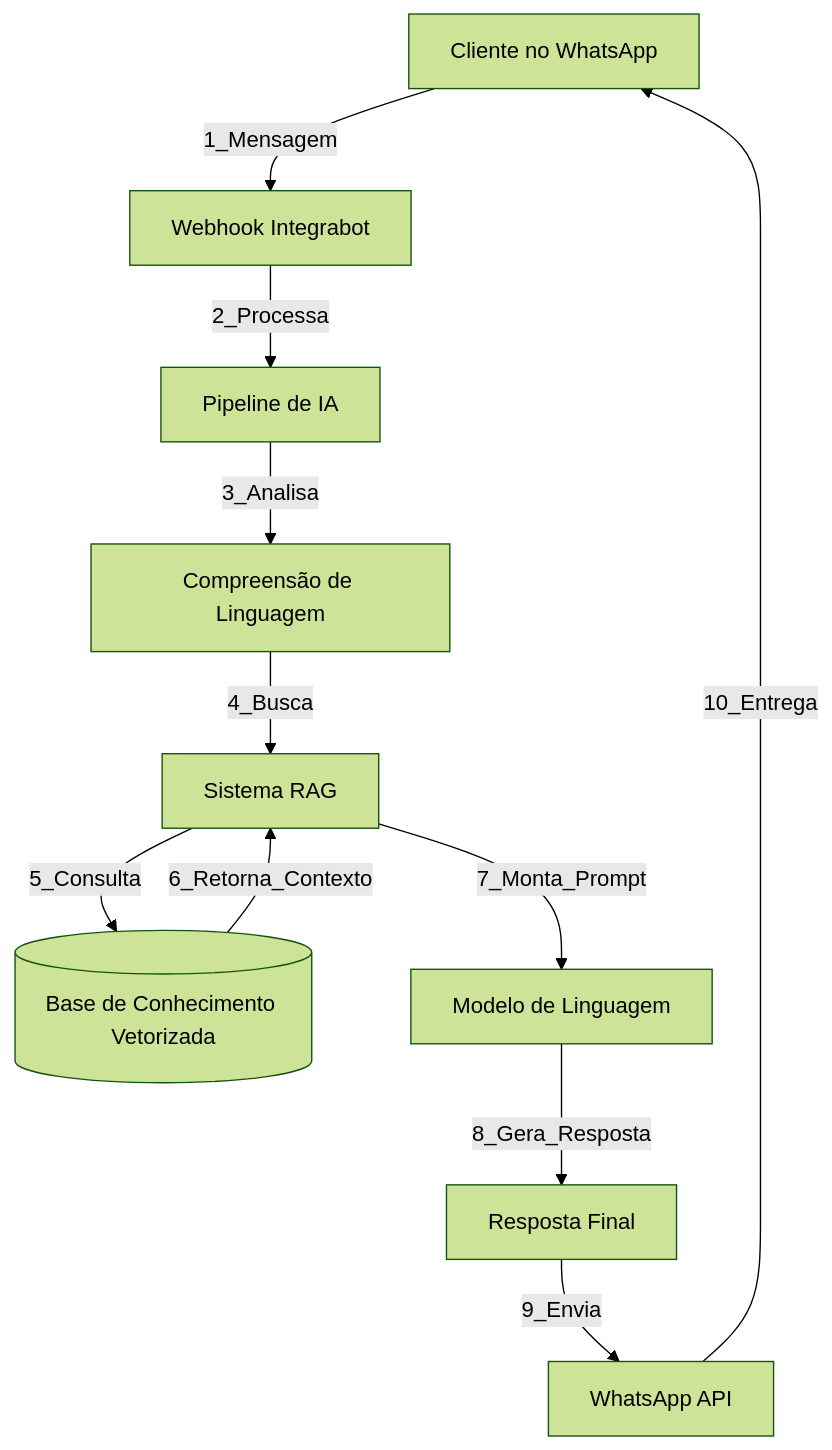
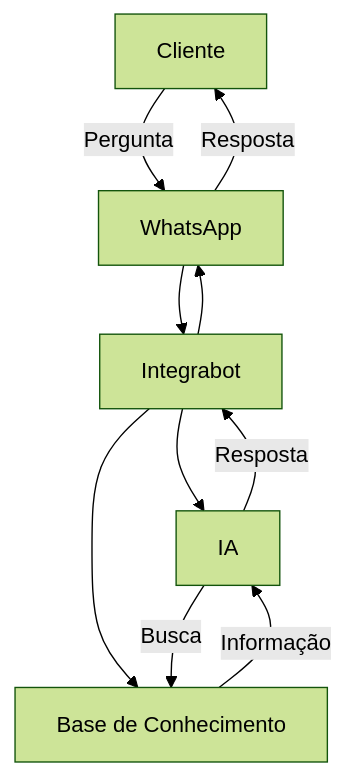
The diagram in pt/conceitos/como-funciona-ia.mdx (altaforjatecnologia/docs), drawn with Mermaid (forest theme) before and after one commit. The commit also changed other lines of this file and 15 other files, not shown here.

````diff
--- a/pt/conceitos/como-funciona-ia.mdx
+++ b/pt/conceitos/como-funciona-ia.mdx
@@ -16,13 +10,12 @@
 ```mermaid
 graph TD
-    Cliente[Cliente no WhatsApp] --> |1_Mensagem| Webhook[Webhook Integrabot]
-    Webhook --> |2_Processa| Pipeline[Pipeline de IA]
-    Pipeline --> |3_Analisa| NLU[Compreensão de Linguagem]
-    NLU --> |4_Busca| RAG[Sistema RAG]
-    RAG --> |5_Consulta| VectorDB[(Base de Conhecimento Vetorizada)]
-    VectorDB --> |6_Retorna_Contexto| RAG
-    RAG --> |7_Monta_Prompt| LLM[Modelo de Linguagem]
-    LLM --> |8_Gera_Resposta| Resposta[Resposta Final]
-    Resposta --> |9_Envia| WhatsApp[WhatsApp API]
-    WhatsApp --> |10_Entrega| Cliente
+    User[Cliente] -- Pergunta --> WhatsApp[WhatsApp]
+    WhatsApp --> Integrabot[Integrabot]
+    Integrabot --> LLM[IA]
+    Integrabot --> KB[Base de Conhecimento]
+    LLM -- Busca --> KB
+    KB -- Informação --> LLM
+    LLM -- Resposta --> Integrabot
+    Integrabot --> WhatsApp
+    WhatsApp -- Resposta --> User
 ```
````
